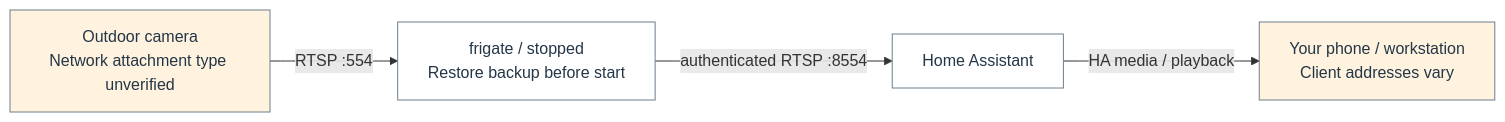
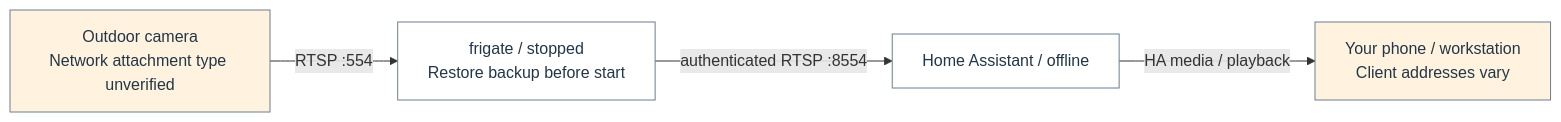
Before and after one commit to Harsh-2002/Homelab: the diagram in docs/architecture/flow-10.mmd, drawn with Mermaid. The commit also changed 38 other files, not shown here.

```diff
--- a/docs/architecture/flow-10.mmd
+++ b/docs/architecture/flow-10.mmd
@@ -1,12 +1,12 @@
 flowchart LR
   n_flow_10_0["Outdoor camera<br/>Network attachment type unverified"]
   n_flow_10_1["frigate / stopped<br/>Restore backup before start"]
-  n_flow_10_2["Home Assistant"]
+  n_flow_10_2["Home Assistant / offline"]
   n_flow_10_3["Your phone / workstation<br/>Client addresses vary"]
   n_flow_10_0 -->|"RTSP :554"| n_flow_10_1
   n_flow_10_1 -->|"authenticated RTSP :8554"| n_flow_10_2
   n_flow_10_2 -->|"HA media / playback"| n_flow_10_3
   classDef c_flow_10_0 fill:#fff3df,stroke:#6c7f8c,color:#233647;
   class n_flow_10_0,n_flow_10_3 c_flow_10_0;
   classDef c_flow_10_1 fill:#ffffff,stroke:#6c7f8c,color:#233647;
   class n_flow_10_1,n_flow_10_2 c_flow_10_1;
```
